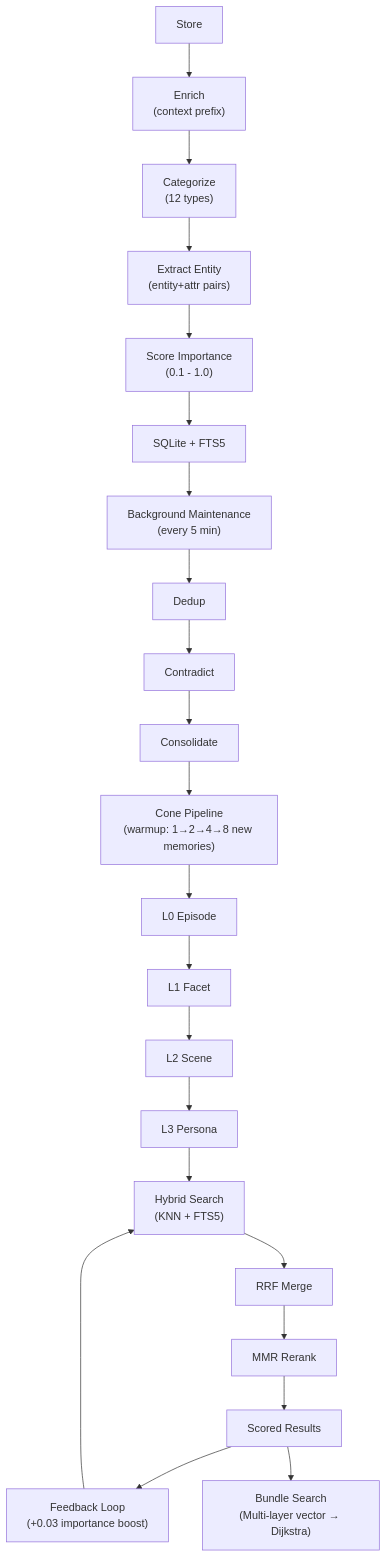
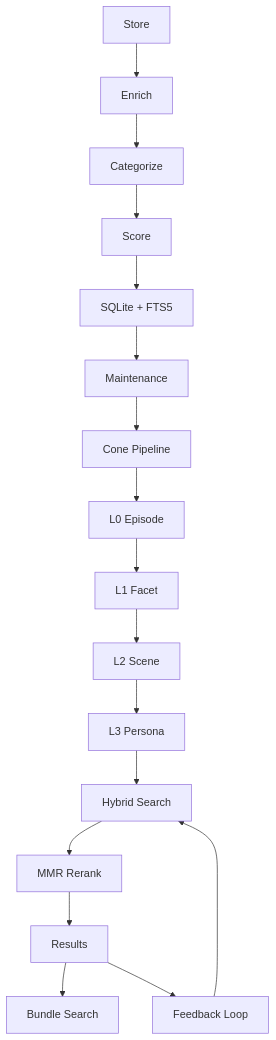
Before and after one commit to LVT382009/noxem: the second of 2 diagrams in README.md, drawn with Mermaid. The commit also changed other lines of this file, not shown here.

````diff
--- a/README.md
+++ b/README.md
@@ -260,27 +70,19 @@
 ```mermaid
 flowchart TD
-    Store["Store"] --> Enrich["Enrich<br/>(context prefix)"]
-    Enrich --> Categorize["Categorize<br/>(12 types)"]
-    Categorize --> Extract["Extract Entity<br/>(entity+attr pairs)"]
-    Extract --> Score["Score Importance<br/>(0.1 - 1.0)"]
+    Store["Store"] --> Enrich["Enrich"]
+    Enrich --> Categorize["Categorize"]
+    Categorize --> Score["Score"]
     Score --> SQLite["SQLite + FTS5"]
-
-    SQLite --> Maintenance["Background Maintenance<br/>(every 5 min)"]
-    Maintenance --> Dedup["Dedup"]
-    Dedup --> Contradict["Contradict"]
-    Contradict --> Consolidate["Consolidate"]
-    Consolidate --> ConePipe["Cone Pipeline<br/>(warmup: 1→2→4→8 new memories)"]
-
-    ConePipe --> L0["L0 Episode"]
+    SQLite --> Maintenance["Maintenance"]
+    Maintenance --> Cone["Cone Pipeline"]
+    Cone --> L0["L0 Episode"]
     L0 --> L1["L1 Facet"]
     L1 --> L2["L2 Scene"]
     L2 --> L3["L3 Persona"]
-
-    L3 --> Search["Hybrid Search<br/>(KNN + FTS5)"]
-    Search --> RRF["RRF Merge"]
-    RRF --> MMR["MMR Rerank"]
-    MMR --> Result["Scored Results"]
-    Result --> Feedback["Feedback Loop<br/>(+0.03 importance boost)"]
+    L3 --> Search["Hybrid Search"]
+    Search --> MMR["MMR Rerank"]
+    MMR --> Result["Results"]
+    Result --> Bundle["Bundle Search"]
+    Result --> Feedback["Feedback Loop"]
     Feedback --> Search
-    Result --> BundleSearch["Bundle Search<br/>(Multi-layer vector → Dijkstra)"]
 ```
````
